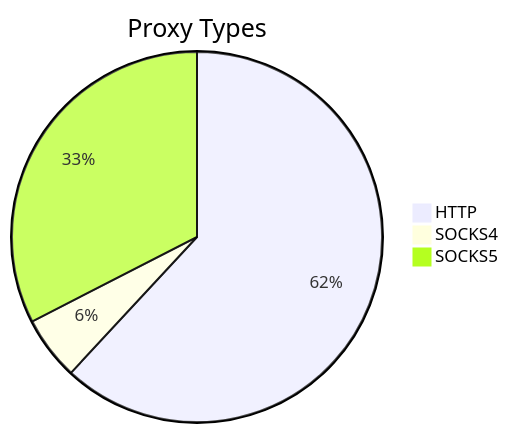
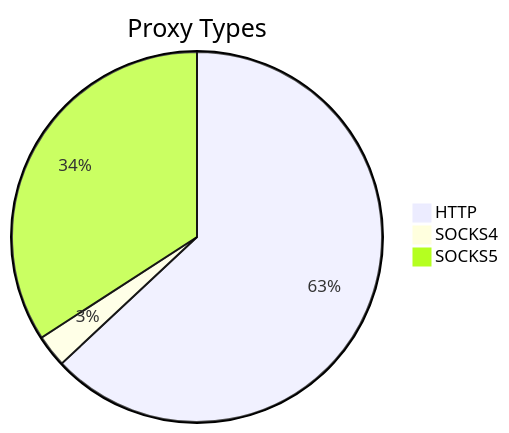
Before and after one commit to stormsia/proxy-list: the first of 2 diagrams in README.md, drawn with Mermaid. The commit also changed other lines of this file, not shown here.

````diff
--- a/README.md
+++ b/README.md
@@ -21,6 +21,6 @@
 ```mermaid
 pie title Proxy Types
     "HTTP" : 312
-    "SOCKS4" : 28
-    "SOCKS5" : 164
+    "SOCKS4" : 14
+    "SOCKS5" : 169
 ```
````
